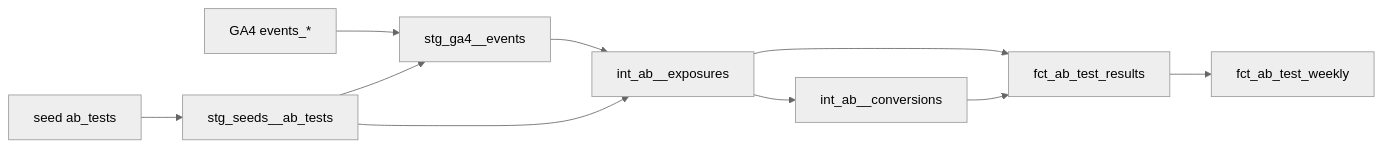
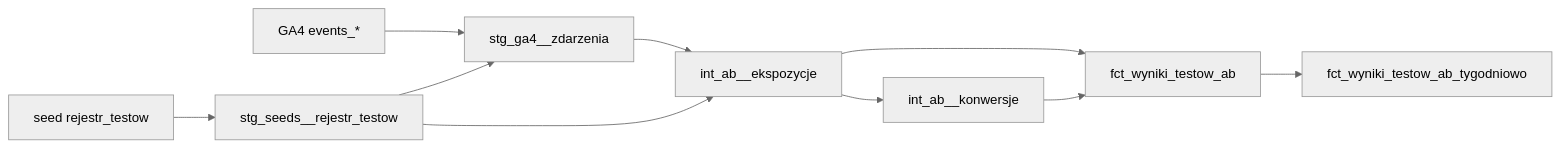
The first of 2 diagrams in dbt/README.md (pmackowka/ga4-ab-testing-template), drawn with Mermaid (neutral theme) before and after one commit. The commit also changed other lines of this file and 39 other files, not shown here.

````diff
--- a/dbt/README.md
+++ b/dbt/README.md
@@ -68,12 +68,12 @@
 ```mermaid
 flowchart LR
-    G["GA4 events_*"] --> S["stg_ga4__events"]
-    C["seed ab_tests"] --> T["stg_seeds__ab_tests"]
+    G["GA4 events_*"] --> S["stg_ga4__zdarzenia"]
+    C["seed rejestr_testow"] --> T["stg_seeds__rejestr_testow"]
     T --> S
-    S --> E["int_ab__exposures"]
+    S --> E["int_ab__ekspozycje"]
     T --> E
-    E --> K["int_ab__conversions"]
-    E --> R["fct_ab_test_results"]
+    E --> K["int_ab__konwersje"]
+    E --> R["fct_wyniki_testow_ab"]
     K --> R
-    R --> W["fct_ab_test_weekly"]
+    R --> W["fct_wyniki_testow_ab_tygodniowo"]
 ```
````
